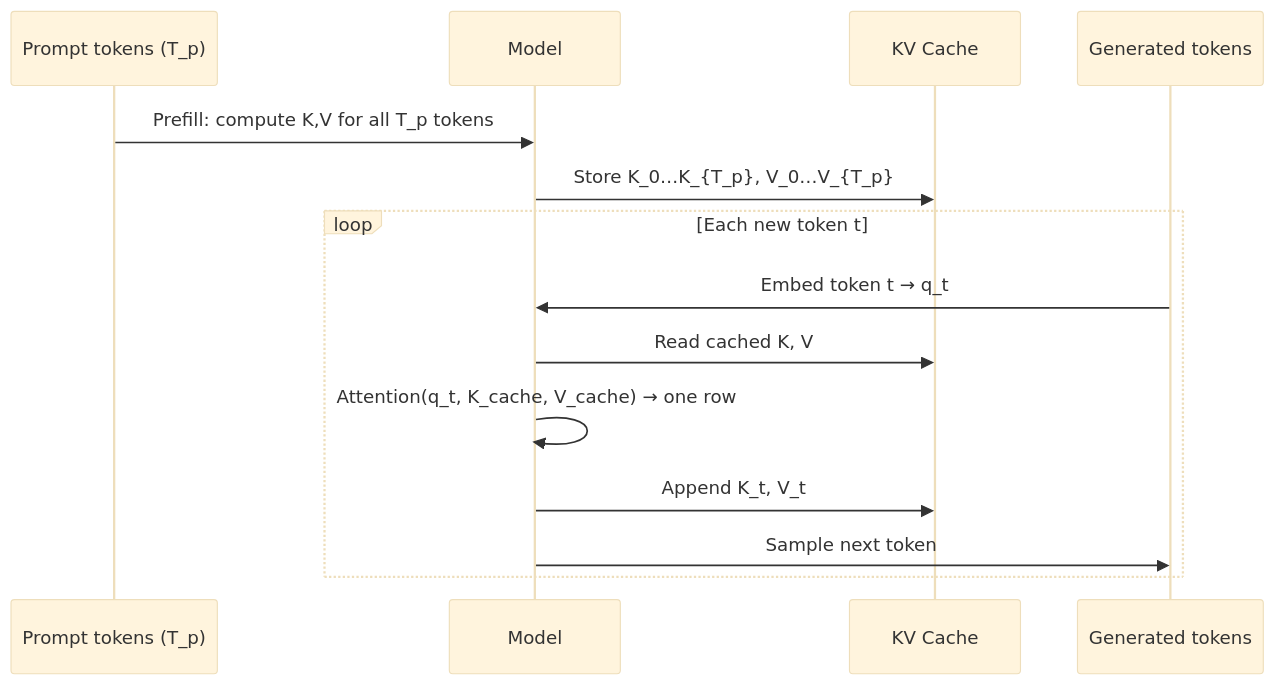
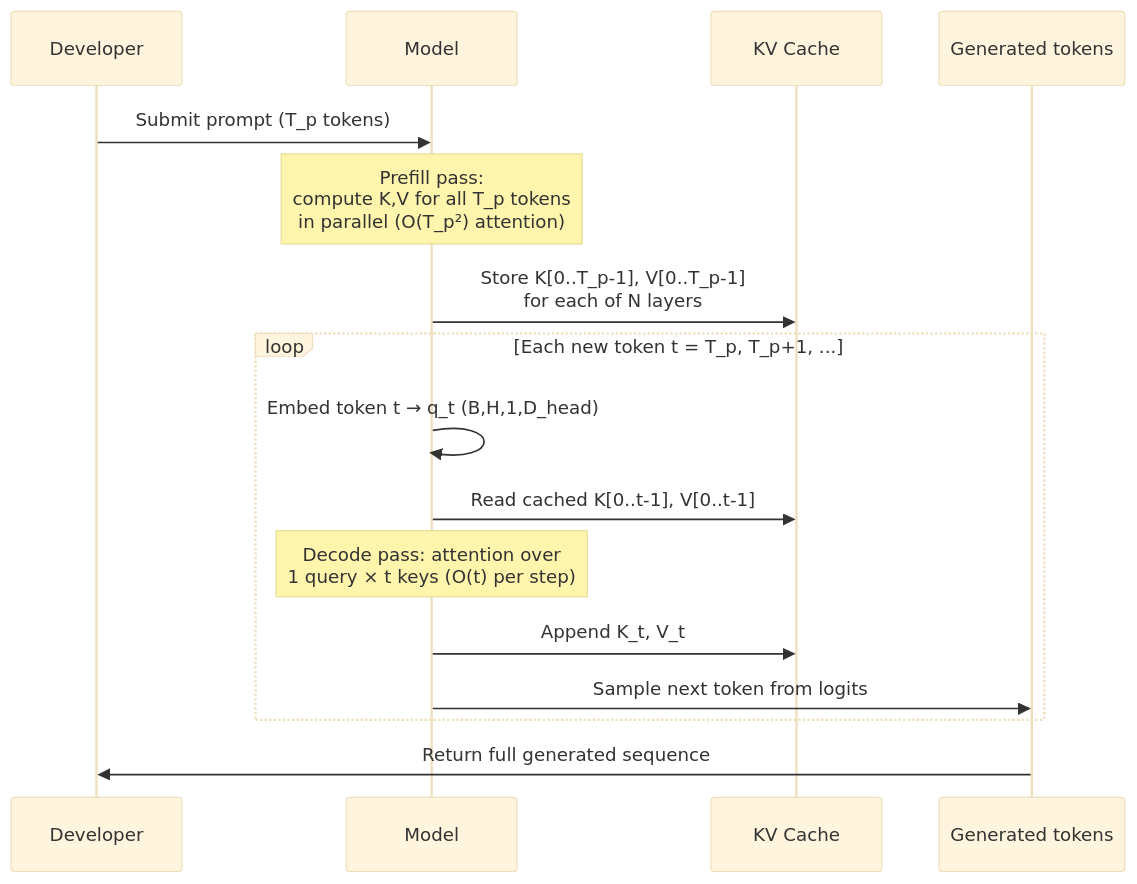
The third of 7 diagrams in topics/computing/ai/vibe_coding/lesson_02_architecture_and_mechanics.md (blebleblee/synapse), drawn with Mermaid (base theme) before and after one commit. The commit also changed other lines of this file and 4 other files, not shown here.

````diff
--- a/topics/computing/ai/vibe_coding/lesson_02_architecture_and_mechanics.md
+++ b/topics/computing/ai/vibe_coding/lesson_02_architecture_and_mechanics.md
@@ -271,18 +386,20 @@
 ```mermaid
 sequenceDiagram
-    participant P as Prompt tokens (T_p)
+    participant D as Developer
     participant M as Model
     participant C as KV Cache
     participant G as Generated tokens
 
-    P->>M: Prefill: compute K,V for all T_p tokens
-    M->>C: Store K_0…K_{T_p}, V_0…V_{T_p}
+    D->>M: Submit prompt (T_p tokens)
+    Note over M: Prefill pass:<br/>compute K,V for all T_p tokens<br/>in parallel (O(T_p²) attention)
+    M->>C: Store K[0..T_p-1], V[0..T_p-1]<br/>for each of N layers
 
-    loop Each new token t
-        G->>M: Embed token t → q_t
-        M->>C: Read cached K, V
-        M->>M: Attention(q_t, K_cache, V_cache) → one row
+    loop Each new token t = T_p, T_p+1, ...
+        M->>M: Embed token t → q_t (B,H,1,D_head)
+        M->>C: Read cached K[0..t-1], V[0..t-1]
+        Note over M: Decode pass: attention over<br/>1 query × t keys (O(t) per step)
         M->>C: Append K_t, V_t
-        M->>G: Sample next token
+        M->>G: Sample next token from logits
     end
+    G->>D: Return full generated sequence
 ```
````
